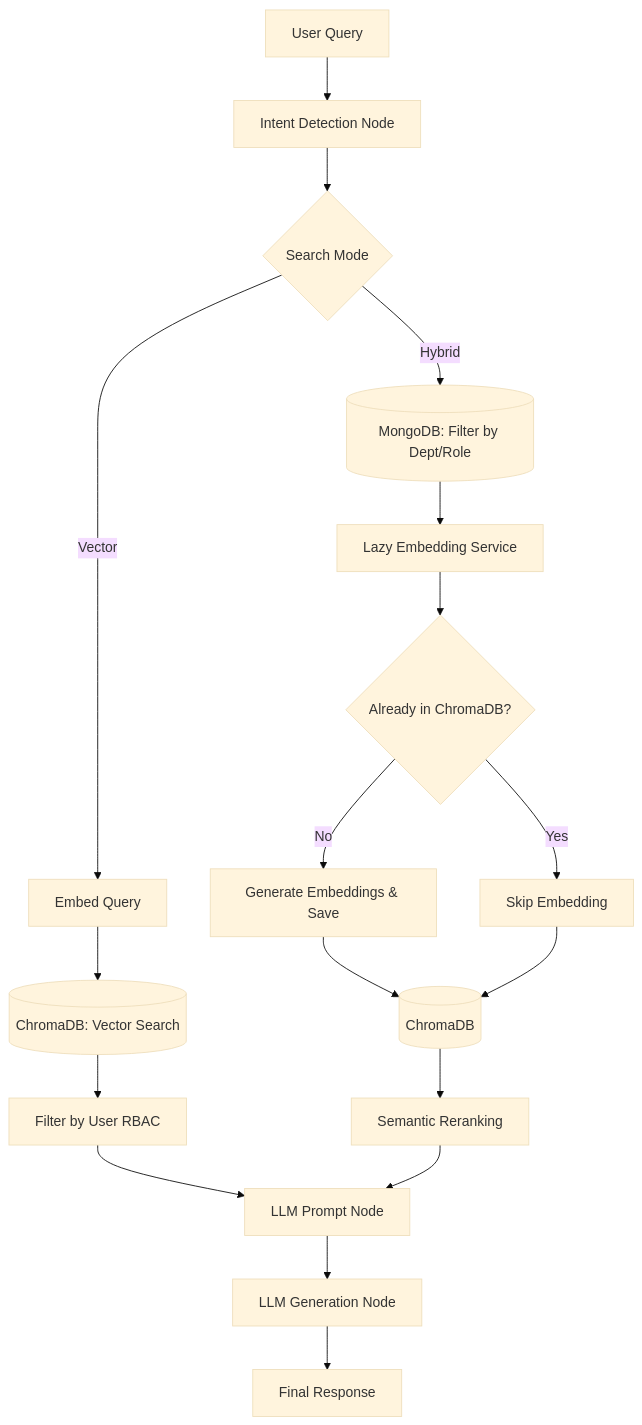
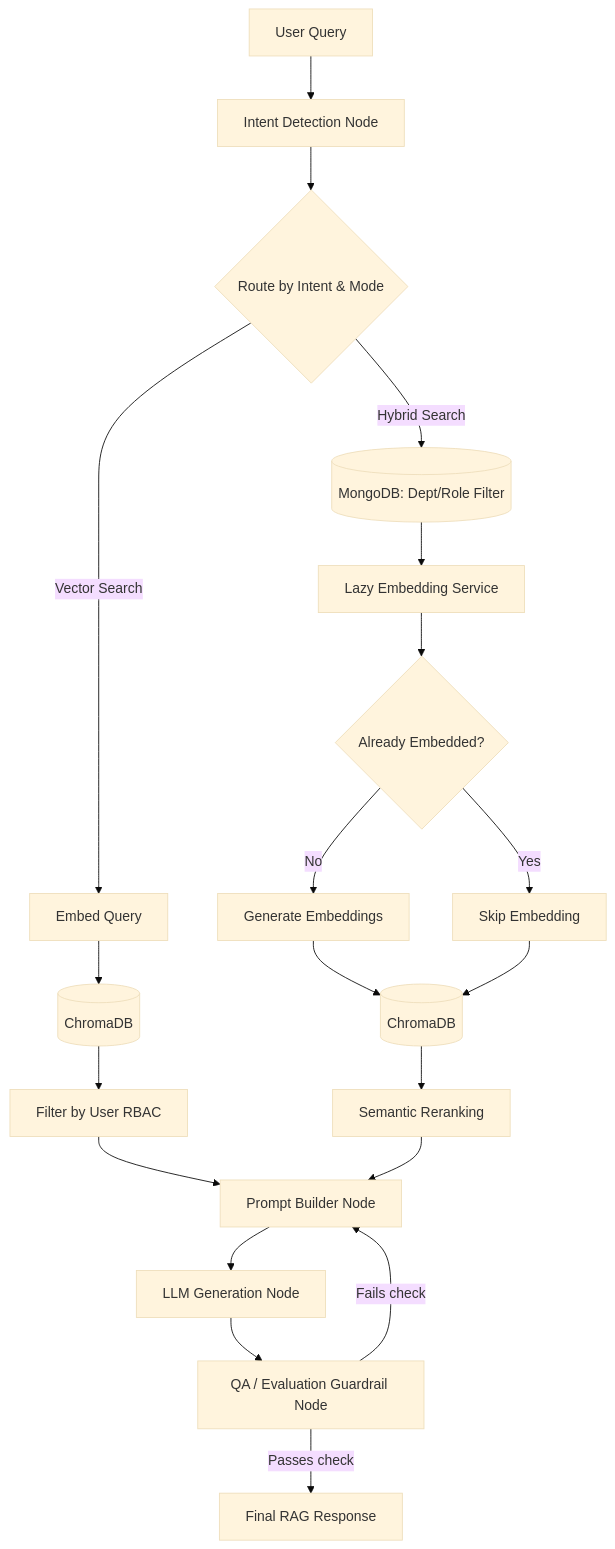
Before and after one commit to ayandutta3/corporate-onboarding-training: the second of 2 diagrams in README.md, drawn with Mermaid (base theme).

Commit message:
docs: update architecture diagram and search workflow description in README

````diff
--- a/README.md
+++ b/README.md
@@ -88,23 +88,30 @@
 ```mermaid
 graph TD
     A[User Query] --> B[Intent Detection Node]
-    B --> C{Search Mode}
+    B --> C{Route by Intent & Mode}
     
-    C -->|Vector| D[Embed Query]
-    D --> E[(ChromaDB: Vector Search)]
+    %% Vector Path
+    C -->|Vector Search| D[Embed Query]
+    D --> E[(ChromaDB)]
     E --> F[Filter by User RBAC]
-    F --> G[LLM Prompt Node]
     
-    C -->|Hybrid| H[(MongoDB: Filter by Dept/Role)]
+    %% Hybrid Path
+    C -->|Hybrid Search| H[(MongoDB: Dept/Role Filter)]
     H --> I[Lazy Embedding Service]
-    I --> J{Already in ChromaDB?}
-    J -->|No| K[Generate Embeddings & Save]
+    I --> J{Already Embedded?}
+    J -->|No| K[Generate Embeddings]
     J -->|Yes| L[Skip Embedding]
     K --> M[(ChromaDB)]
     L --> M
     M --> N[Semantic Reranking]
+    
+    %% Convergence
+    F --> G[Prompt Builder Node]
     N --> G
     
+    %% LangGraph Evaluation & Response
     G --> O[LLM Generation Node]
-    O --> P[Final Response]
+    O --> Q[QA / Evaluation Guardrail Node]
+    Q -->|Passes check| P[Final RAG Response]
+    Q -->|Fails check| G
 ```
````
